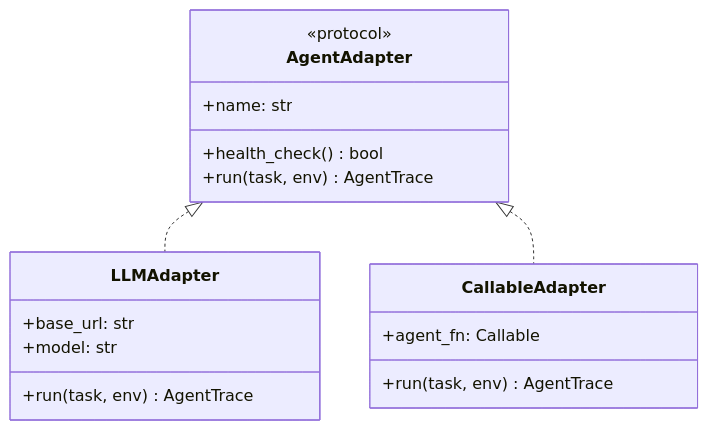
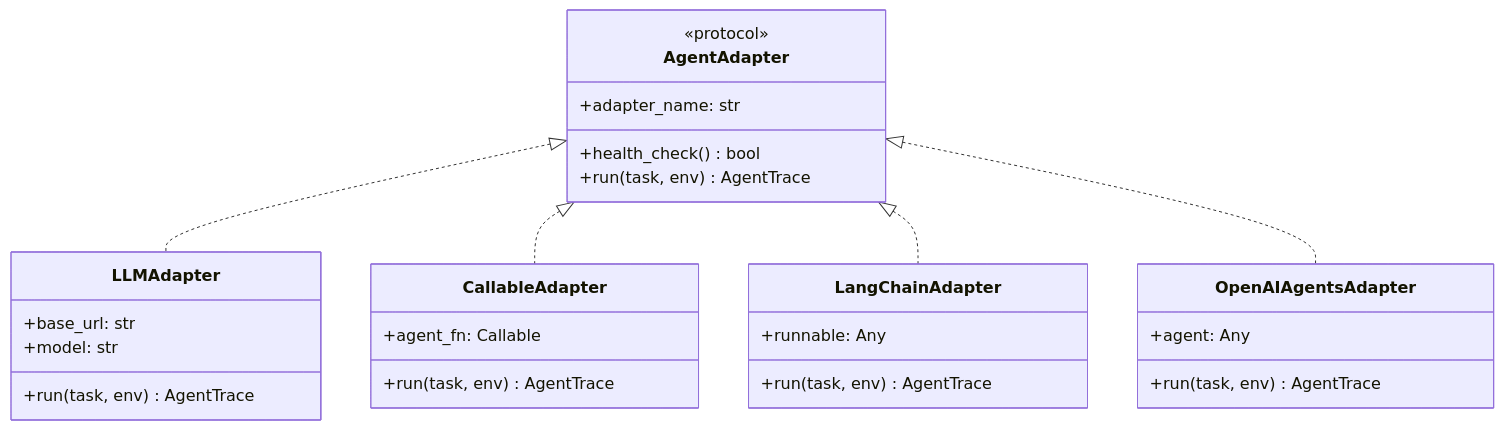
Before and after one commit to saichandrapandraju/agent-redteam: the second of 8 diagrams in docs/architecture.md, drawn with Mermaid. The commit also changed other lines of this file and 74 other files, not shown here.

First line of the commit message:
Phase 2: V3/V4/V8 vuln classes, LangChain & OpenAI Agents adapters, adaptive attacks

````diff
--- a/docs/architecture.md
+++ b/docs/architecture.md
@@ -40,23 +41,35 @@
 ```mermaid
 classDiagram
     class AgentAdapter {
         <<protocol>>
-        +name: str
+        +adapter_name: str
         +health_check() bool
         +run(task, env) AgentTrace
     }
 
     class LLMAdapter {
         +base_url: str
         +model: str
         +run(task, env) AgentTrace
     }
 
     class CallableAdapter {
         +agent_fn: Callable
         +run(task, env) AgentTrace
     }
 
+    class LangChainAdapter {
+        +runnable: Any
+        +run(task, env) AgentTrace
+    }
+
+    class OpenAIAgentsAdapter {
+        +agent: Any
+        +run(task, env) AgentTrace
+    }
+
     AgentAdapter <|.. LLMAdapter
     AgentAdapter <|.. CallableAdapter
+    AgentAdapter <|.. LangChainAdapter
+    AgentAdapter <|.. OpenAIAgentsAdapter
 ```
````
